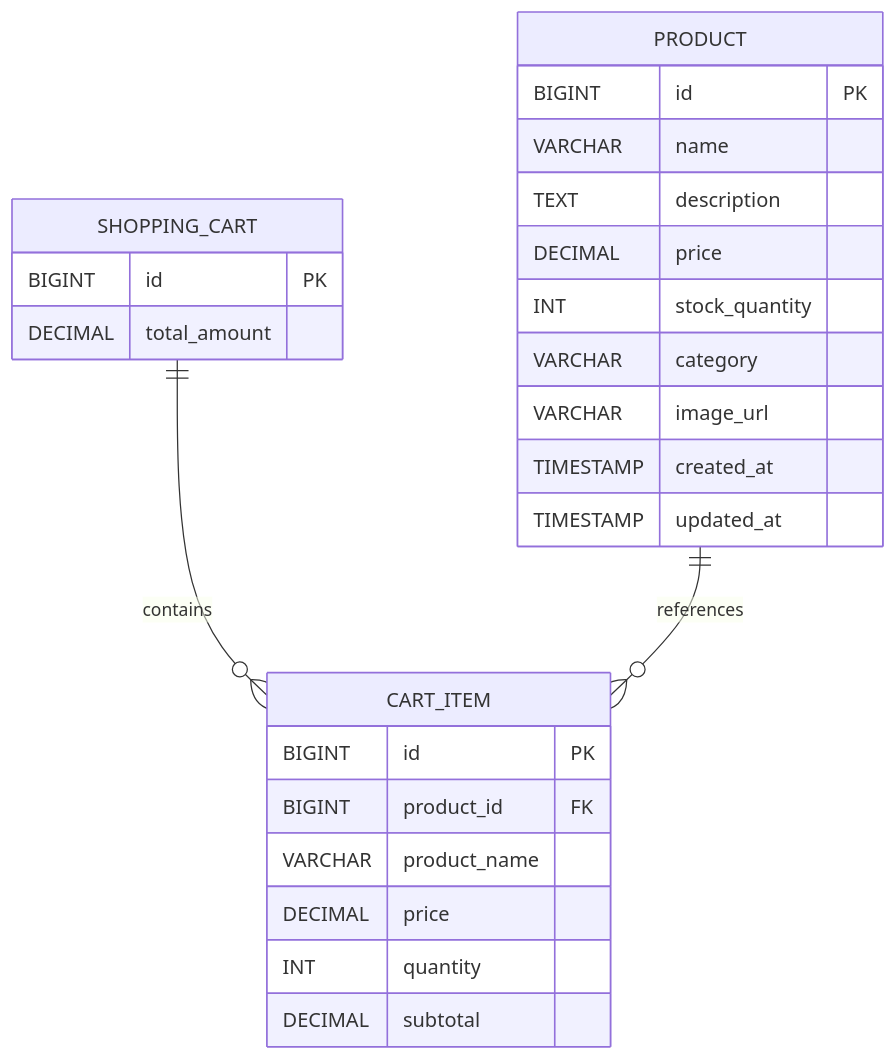
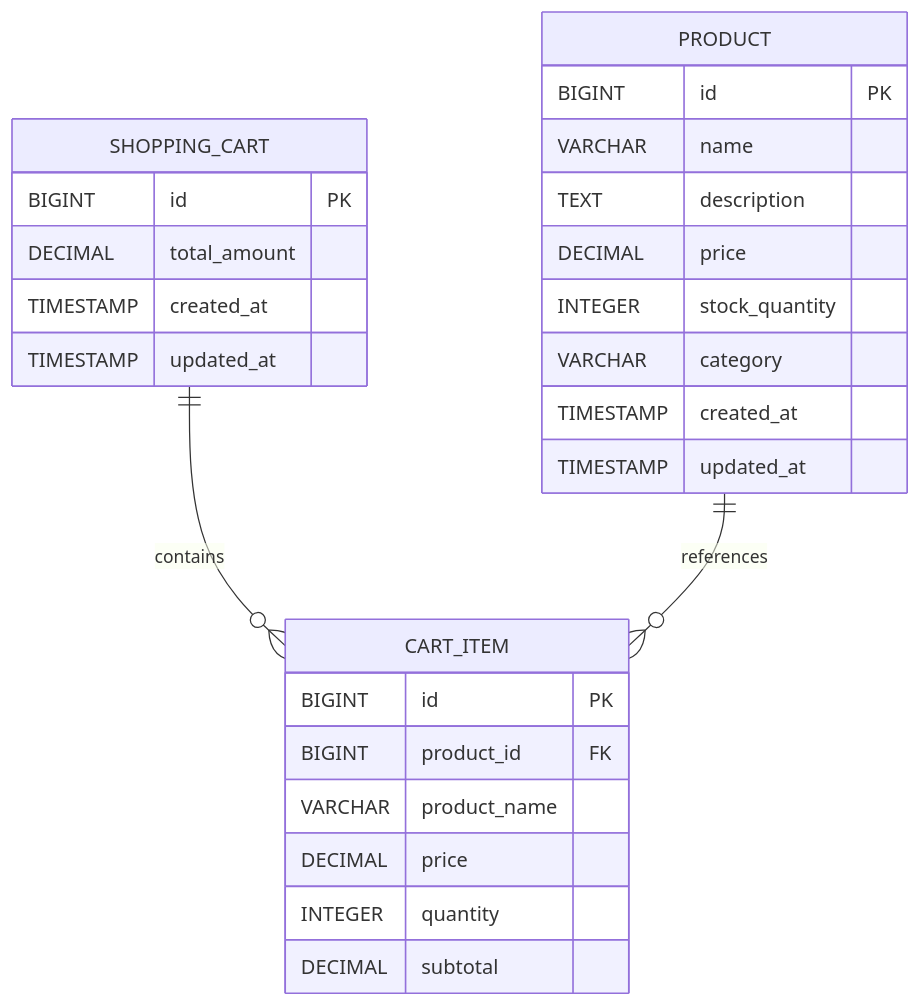
Before and after one commit to NavneetBN47/aava-ecom-demo: the second of 13 diagrams in docs/LLD/lld.md, drawn with Mermaid. The commit also changed other lines of this file, not shown here.

````diff
--- a/docs/LLD/lld.md
+++ b/docs/LLD/lld.md
@@ -175,31 +169,32 @@
 ```mermaid
 erDiagram
     PRODUCT {
         BIGINT id PK
         VARCHAR name
         TEXT description
         DECIMAL price
-        INT stock_quantity
+        INTEGER stock_quantity
         VARCHAR category
-        VARCHAR image_url
         TIMESTAMP created_at
         TIMESTAMP updated_at
     }
 
     CART_ITEM {
         BIGINT id PK
         BIGINT product_id FK
         VARCHAR product_name
         DECIMAL price
-        INT quantity
+        INTEGER quantity
         DECIMAL subtotal
     }
 
     SHOPPING_CART {
         BIGINT id PK
         DECIMAL total_amount
+        TIMESTAMP created_at
+        TIMESTAMP updated_at
     }
 
     SHOPPING_CART ||--o{ CART_ITEM : contains
     PRODUCT ||--o{ CART_ITEM : references
 ```
````
